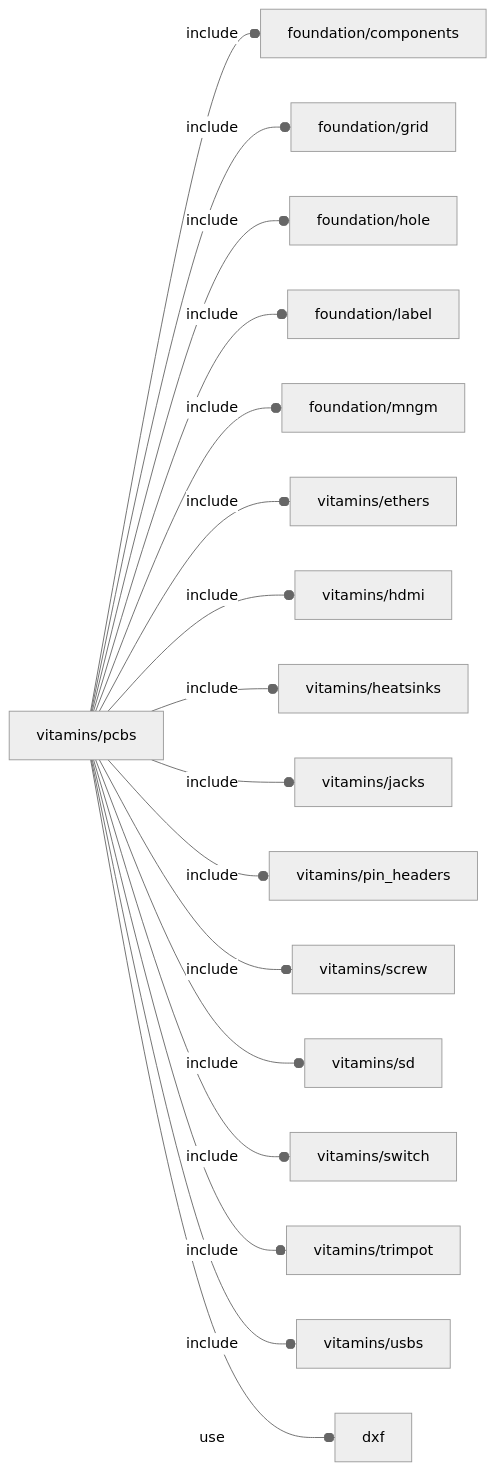
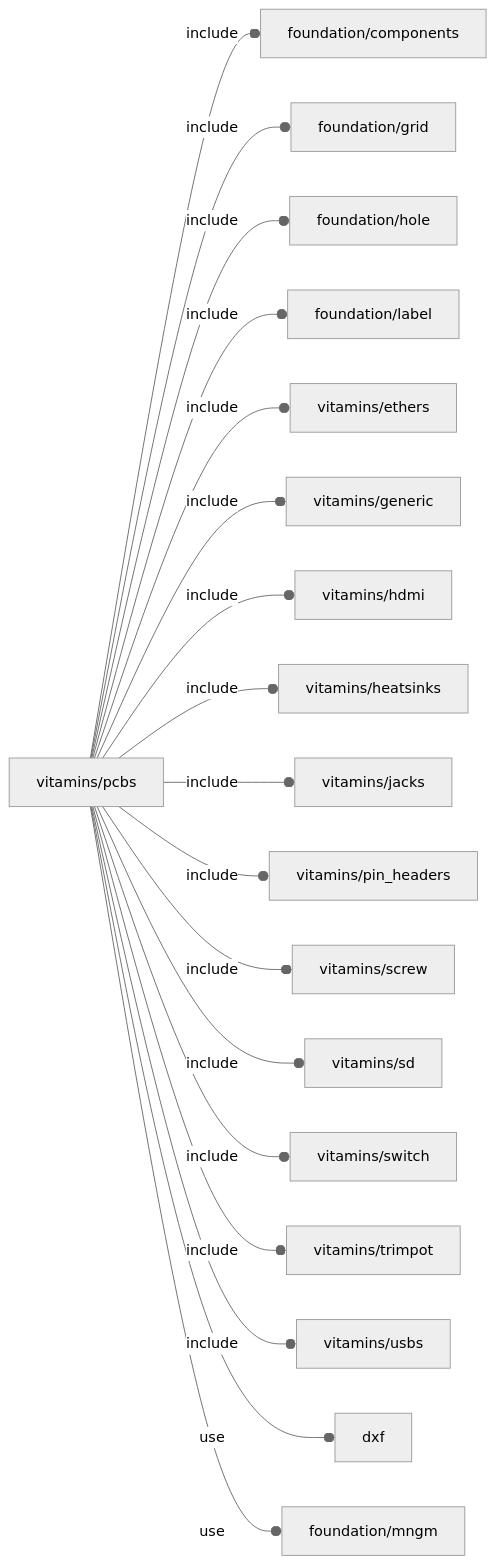
Before and after one commit to ggabbiani/OFL: the diagram in orthodocs/vitamins/pcbs.md, drawn with Mermaid (neutral theme). The commit also changed other lines of this file and 74 other files, not shown here.

````diff
--- a/orthodocs/vitamins/pcbs.md
+++ b/orthodocs/vitamins/pcbs.md
@@ -5,19 +5,20 @@
 ```mermaid
 graph LR
     A1[vitamins/pcbs] --o|include| A2[foundation/components]
     A1 --o|include| A3[foundation/grid]
     A1 --o|include| A4[foundation/hole]
     A1 --o|include| A5[foundation/label]
-    A1 --o|include| A6[foundation/mngm]
-    A1 --o|include| A7[vitamins/ethers]
+    A1 --o|include| A6[vitamins/ethers]
+    A1 --o|include| A7[vitamins/generic]
     A1 --o|include| A8[vitamins/hdmi]
     A1 --o|include| A9[vitamins/heatsinks]
     A1 --o|include| A10[vitamins/jacks]
     A1 --o|include| A11[vitamins/pin_headers]
     A1 --o|include| A12[vitamins/screw]
     A1 --o|include| A13[vitamins/sd]
     A1 --o|include| A14[vitamins/switch]
     A1 --o|include| A15[vitamins/trimpot]
     A1 --o|include| A16[vitamins/usbs]
     A1 --o|use| A17[dxf]
+    A1 --o|use| A18[foundation/mngm]
 ```
````
